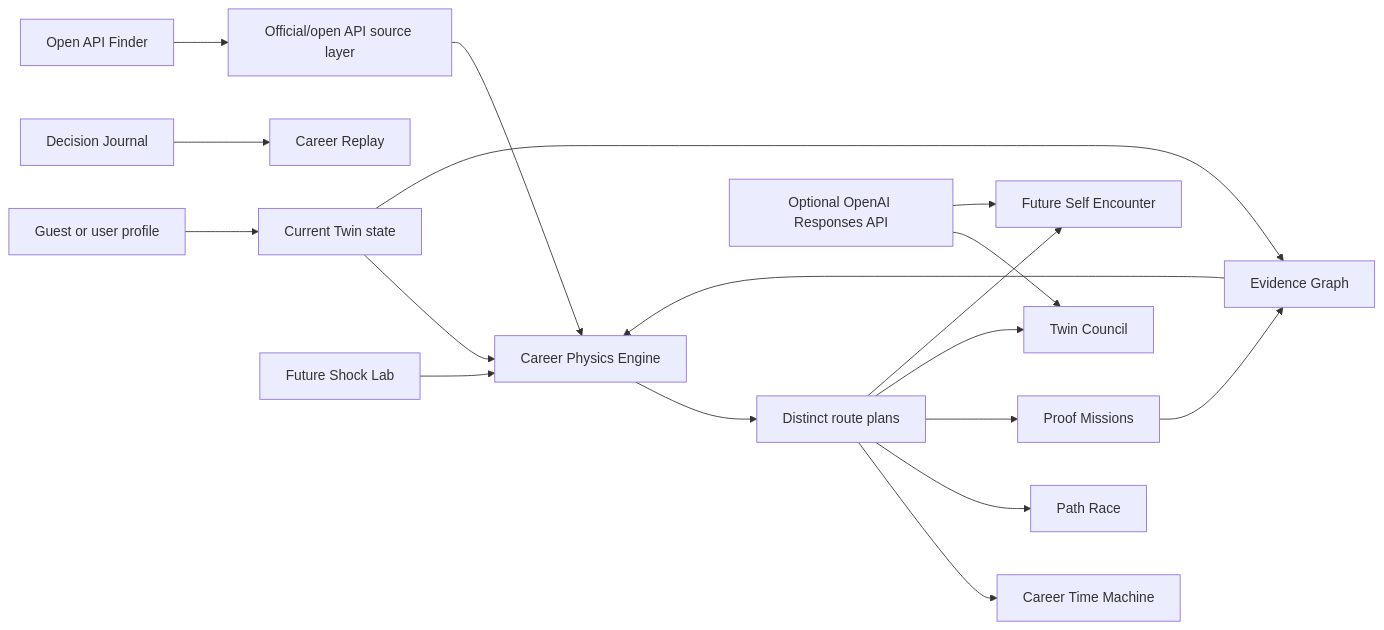
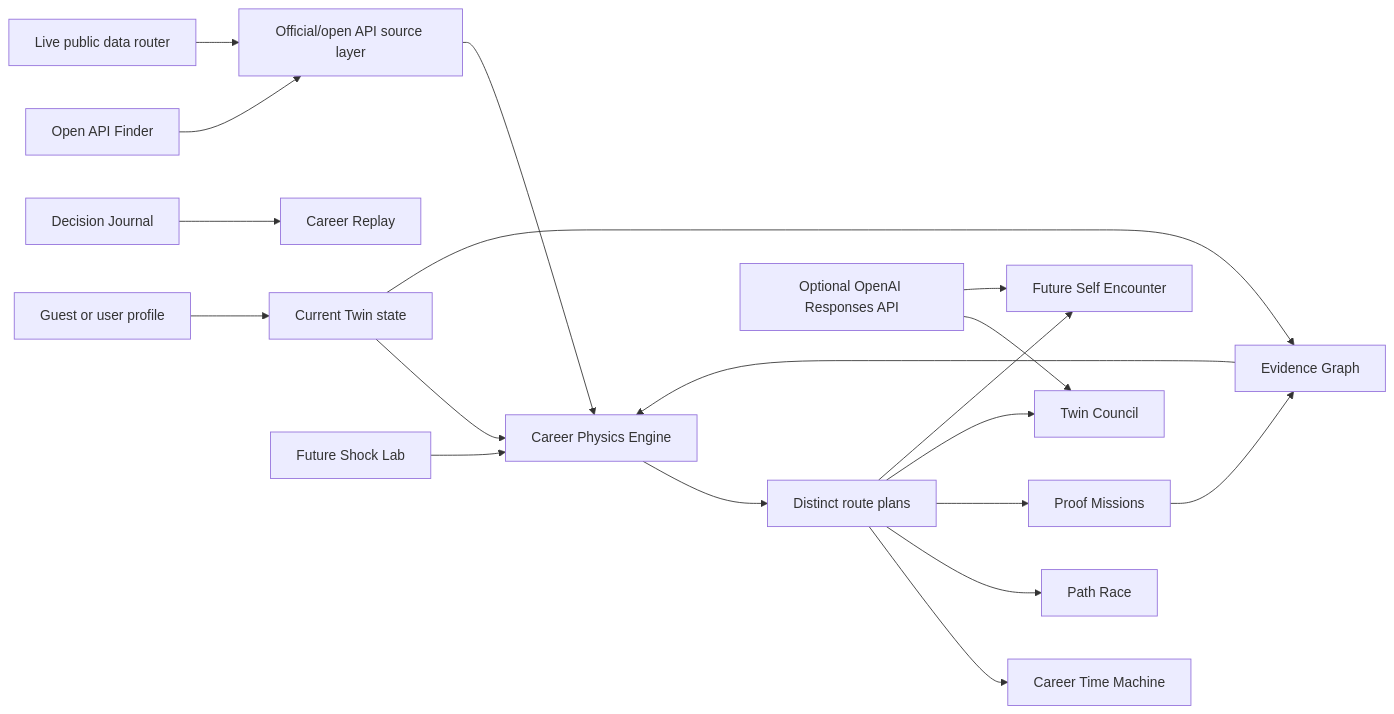
Before and after one commit to Tyrrellkdlemons/career-twin-os: the diagram in docs/ARCHITECTURE.md, drawn with Mermaid. The commit also changed other lines of this file and 25 other files, not shown here.

Commit message:
Wire public data router into AI mode

````diff
--- a/docs/ARCHITECTURE.md
+++ b/docs/ARCHITECTURE.md
@@ -3,20 +3,21 @@
 ```mermaid
 flowchart LR
   User["Guest or user profile"] --> Twin["Current Twin state"]
   Twin --> Engine["Career Physics Engine"]
   Engine --> Routes["Distinct route plans"]
   Routes --> TimeMachine["Career Time Machine"]
   Routes --> PathRace["Path Race"]
   Routes --> Missions["Proof Missions"]
   Twin --> Evidence["Evidence Graph"]
   ApiFinder["Open API Finder"] --> Market
   Routes --> Council["Twin Council"]
   Routes --> FutureSelf["Future Self Encounter"]
   Decisions["Decision Journal"] --> Replay["Career Replay"]
   Evidence --> Engine
   Missions --> Evidence
   Shocks["Future Shock Lab"] --> Engine
   Market["Official/open API source layer"] --> Engine
+  PublicData["Live public data router"] --> Market
   AI["Optional OpenAI Responses API"] --> Council
   AI --> FutureSelf
 ```
````
